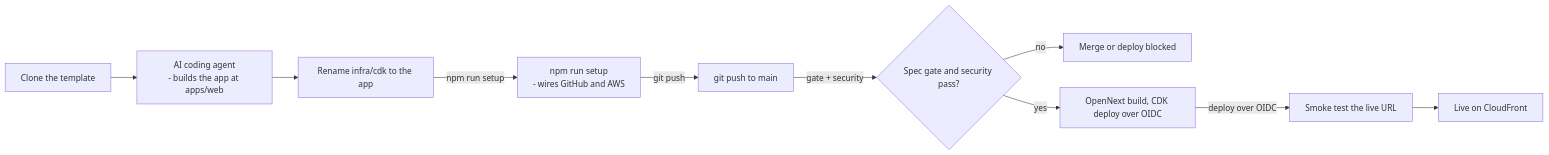
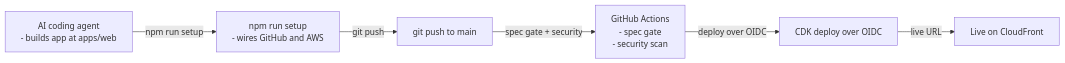
One commit to elleskay/platform changed the first of 5 diagrams in README.md. Above: the diagram before and after it, drawn with Mermaid. The commit also changed other lines of this file and 48 other files, not shown here.

````diff
--- a/README.md
+++ b/README.md
@@ -88,22 +88,8 @@
 ```mermaid
 flowchart LR
-  Clone["Clone the template"]
-  Build["AI coding agent<br/>- builds the app at apps/web"]
-  Rename["Rename infra/cdk to the app"]
-  Setup["npm run setup<br/>- wires GitHub and AWS"]
-  Push["git push to main"]
-  Gate{"Spec gate and security pass?"}
-  Block["Merge or deploy blocked"]
-  Deploy["OpenNext build, CDK deploy over OIDC"]
-  Smoke["Smoke test the live URL"]
-  Live["Live on CloudFront"]
-  Clone --> Build
-  Build --> Rename
-  Rename -->|"npm run setup"| Setup
-  Setup -->|"git push"| Push
-  Push -->|"gate + security"| Gate
-  Gate -->|"no"| Block
-  Gate -->|"yes"| Deploy
-  Deploy -->|"deploy over OIDC"| Smoke
-  Smoke --> Live
+  Agent["AI coding agent<br/>- builds app at apps/web"] -->|"npm run setup"| Setup["npm run setup<br/>- wires GitHub and AWS"]
+  Setup -->|"git push"| Push["git push to main"]
+  Push -->|"spec gate + security"| Gate["GitHub Actions<br/>- spec gate<br/>- security scan"]
+  Gate -->|"deploy over OIDC"| Deploy["CDK deploy over OIDC"]
+  Deploy -->|"live URL"| Live["Live on CloudFront"]
 ```
````
